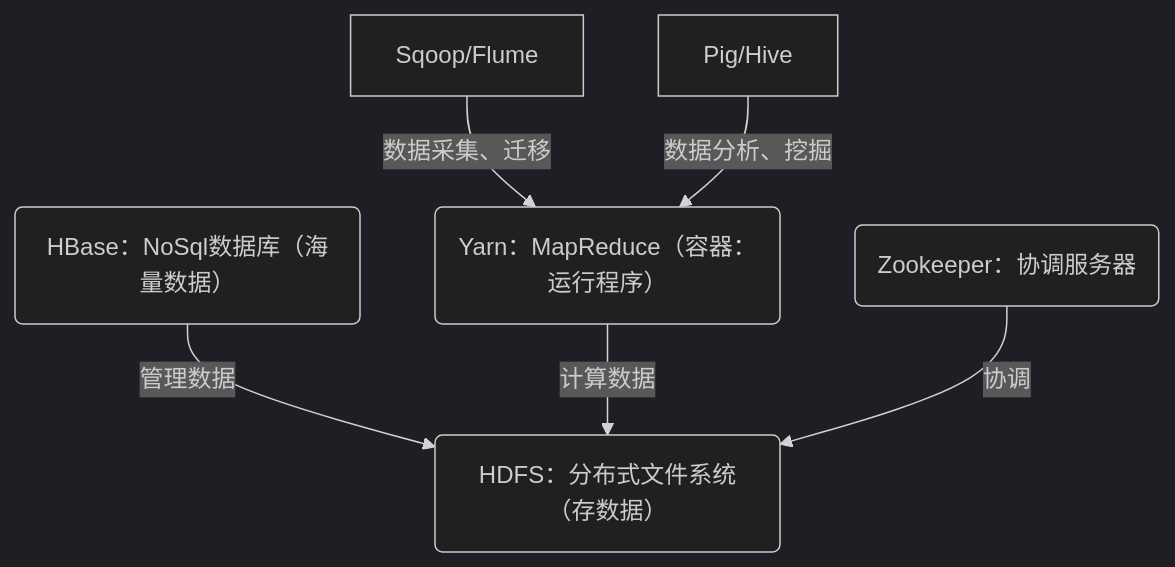
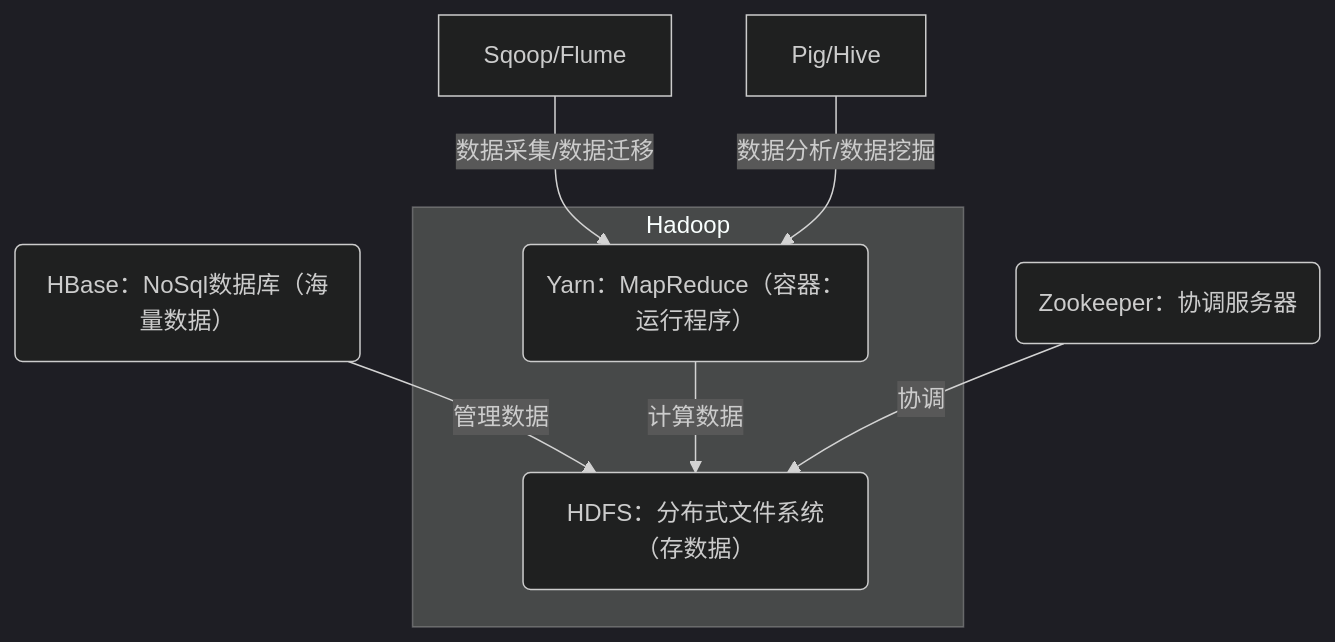
Before and after one commit to Luckymon2014/Note-BigData: the first of 3 diagrams in note/大数据从基础到入门/Hadoop生态体系/Hadoop2.X入门.md, drawn with Mermaid (dark theme). The commit also changed other lines of this file and 2 other files, not shown here.

````diff
--- a/note/大数据从基础到入门/Hadoop生态体系/Hadoop2.X入门.md
+++ b/note/大数据从基础到入门/Hadoop生态体系/Hadoop2.X入门.md
@@ -177,15 +177,20 @@
 ```mermaid
 graph TD
+
 HDFS("HDFS：分布式文件系统（存数据）")
 Yarn("Yarn：MapReduce（容器：运行程序）")
-HBase("HBase：NoSql数据库（海量数据）")
 
-HBase-->|"管理数据"|HDFS
-Yarn-->|"计算数据"|HDFS
+HBase("HBase：NoSql数据库（海量数据）")-->|管理数据|HDFS
 
-Sqoop/Flume-->|"数据采集、迁移"|Yarn
-Pig/Hive-->|"数据分析、挖掘"|Yarn
+subgraph Hadoop
+    HDFS
+    Yarn-->|计算数据|HDFS
+end
+
+
+Sqoop/Flume-->|数据采集/数据迁移|Yarn
+Pig/Hive-->|数据分析/数据挖掘|Yarn
 
 Zookeeper("Zookeeper：协调服务器")
-Zookeeper-->|"协调"|HDFS
+Zookeeper-->|协调|HDFS
 ```
````
